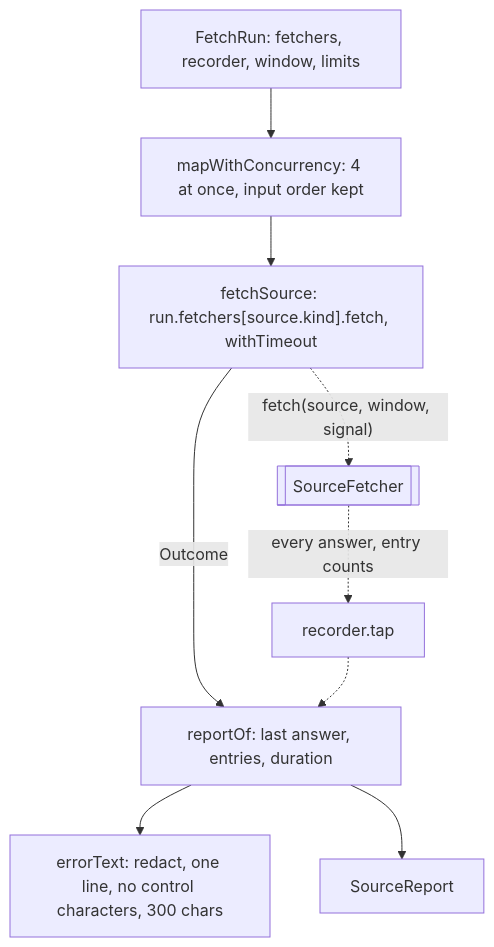
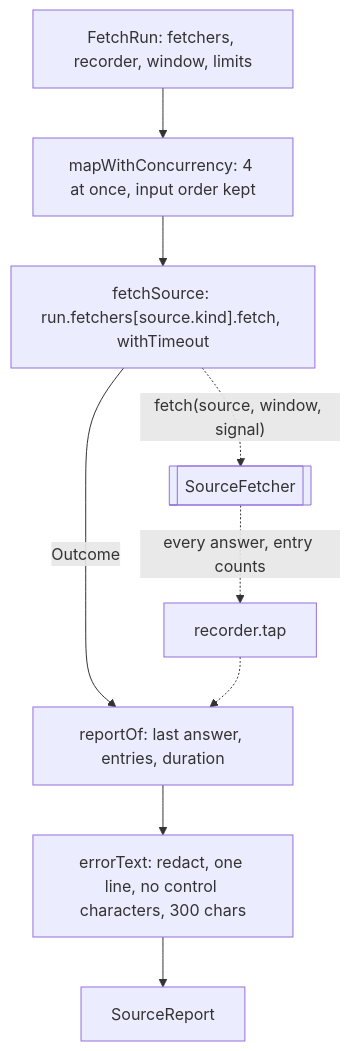
One commit to odere-pro/weekly-engineering-digest-agent changed the diagram in src/cli/fetch/sourceRun/CLAUDE.md. Above: the diagram before and after it, drawn with Mermaid. The commit also changed other lines of this file and 119 other files, not shown here.

````diff
--- a/src/cli/fetch/sourceRun/CLAUDE.md
+++ b/src/cli/fetch/sourceRun/CLAUDE.md
@@ -9,11 +9,10 @@
 ```mermaid
 flowchart TD
   run["FetchRun: fetchers, recorder, window, limits"] --> pool["mapWithConcurrency: 4 at once, input order kept"]
   pool --> one["fetchSource: run.fetchers[source.kind].fetch, withTimeout"]
   one -.->|"fetch(source, window, signal)"| port[[SourceFetcher]]
   port -.->|"every answer, entry counts"| rec["recorder.tap"]
   one -->|"Outcome"| rep["reportOf: last answer, entries, duration"]
   rec -.-> rep
-  rep --> err["errorText: redact, one line, no control characters, 300 chars"]
-  rep --> out[SourceReport]
+  rep --> err["errorText: redact, one line, no control characters, 300 chars"] --> out[SourceReport]
 ```
````
